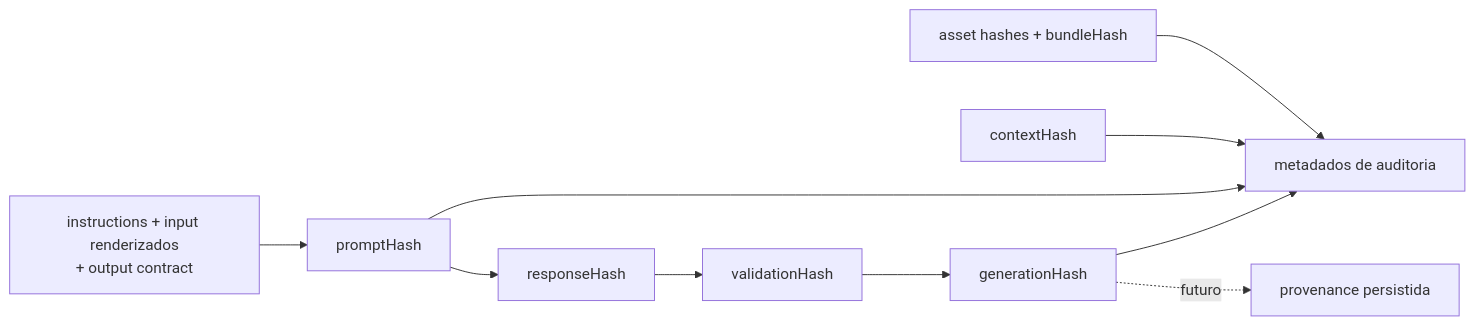
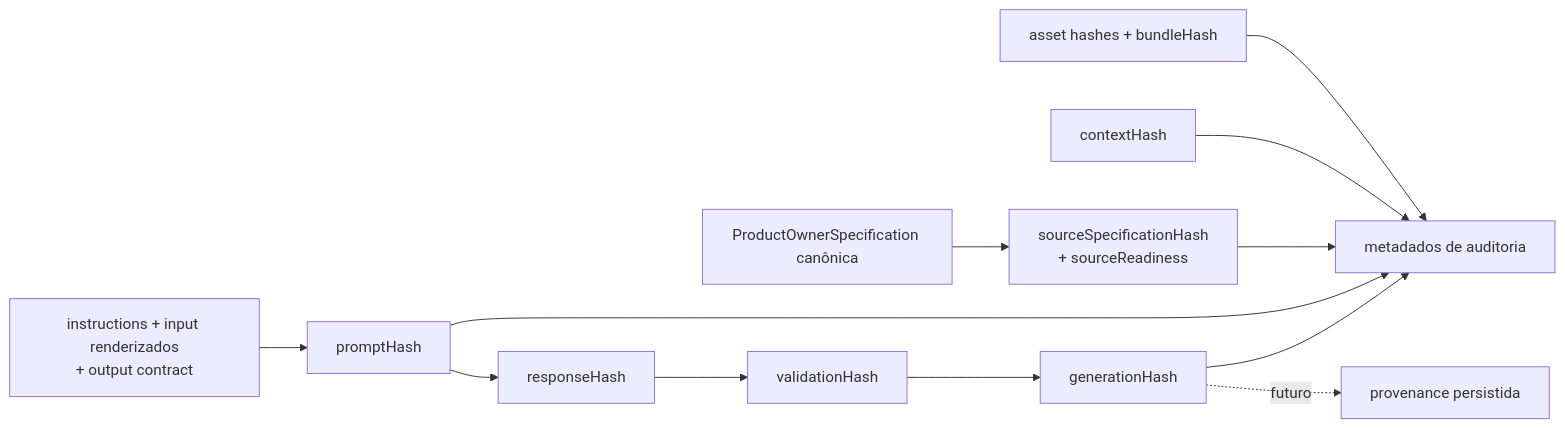
Before and after one commit to felipet66/brq-ai-factory: the seventh of 10 diagrams in knowledge/33-PIPELINE_OVERVIEW.md, drawn with Mermaid. The commit also changed other lines of this file and 63 other files, not shown here.

````diff
--- a/knowledge/33-PIPELINE_OVERVIEW.md
+++ b/knowledge/33-PIPELINE_OVERVIEW.md
@@ -196,12 +243,14 @@
 ```mermaid
 flowchart LR
     PAYLOAD["instructions + input renderizados<br/>+ output contract"] --> PROMPTHASH["promptHash"]
     ASSETHASH["asset hashes + bundleHash"] --> AUDIT["metadados de auditoria"]
     KNOWHASH["contextHash"] --> AUDIT
+    POSOURCE2["ProductOwnerSpecification canônica"] --> SOURCEHASH["sourceSpecificationHash<br/>+ sourceReadiness"]
+    SOURCEHASH --> AUDIT
     PROMPTHASH --> RESPONSEHASH["responseHash"]
     RESPONSEHASH --> VALIDATIONHASH["validationHash"]
     VALIDATIONHASH --> GENERATIONHASH["generationHash"]
     PROMPTHASH --> AUDIT
     GENERATIONHASH --> AUDIT
     GENERATIONHASH -.->|"futuro"| PROVENANCE["provenance persistida"]
 ```
````
